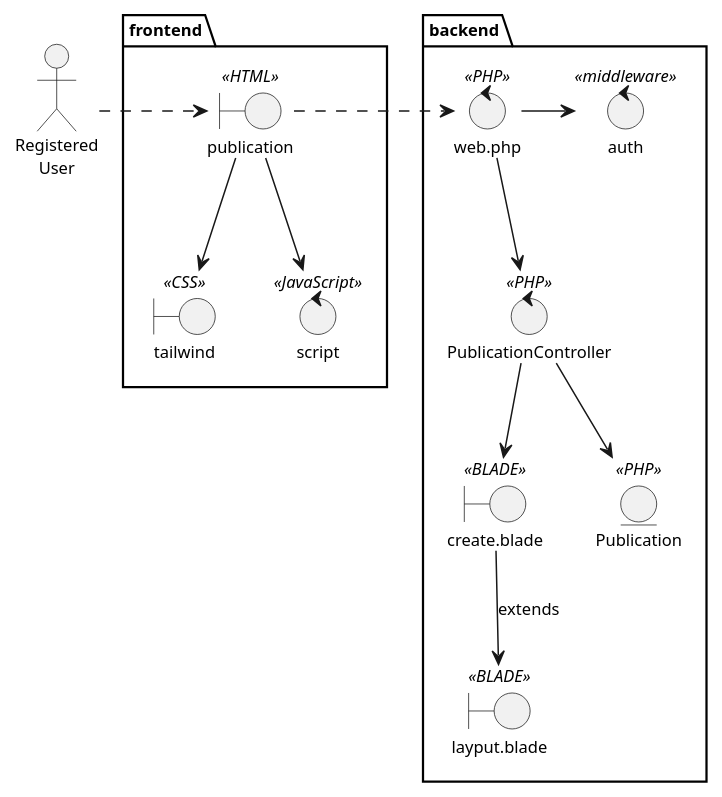
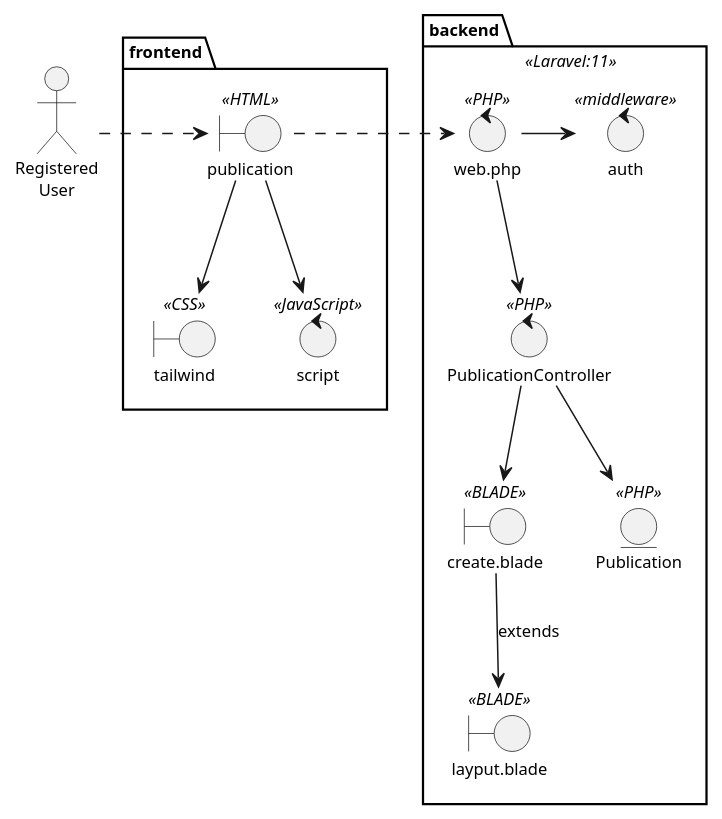
The diagram in logicalView/designView/laravel/usecaseDesign/designClassDiagramUC7.plantuml (mpaulaherrero/tesis-frameworks-backend-diagrams), drawn with PlantUML before and after one commit. The commit also changed 25 other files, not shown here.

Commit message:
todos los diagramas

```diff
--- a/logicalView/designView/laravel/usecaseDesign/designClassDiagramUC7.plantuml
+++ b/logicalView/designView/laravel/usecaseDesign/designClassDiagramUC7.plantuml
@@ -1,34 +1,34 @@
 @startuml
 skinparam style strictuml
 skinparam defaultTextAlignment center
 skinparam defaultFontSize 11
 
 actor "Registered\nUser" as UserReg
 
 ' This is a comment on a single line
-package backend {
+package backend <<Laravel:11>>{
     boundary "create.blade" as PublicationDetailView << BLADE >>
     boundary "layput.blade" as mainLayoutProfileView << BLADE >>
     control "PublicationController" as PublicationController << PHP >>
     control "web.php" << PHP >>
     control auth << middleware >>
     entity Publication << PHP >>
 }
 
 package frontend {
     boundary "publication" as PublicationHtml << HTML >>
     boundary "tailwind" as outputCss << CSS >>
     control script << JavaScript >>
 }
 
 UserReg .r.> PublicationHtml
 PublicationHtml -d-> outputCss
 PublicationHtml -d-> script
 PublicationHtml .r.> "web.php"
 "web.php" -> auth
 "web.php" -d-> PublicationController
 PublicationController -d-> PublicationDetailView
 PublicationController -d-> Publication
 PublicationDetailView -d-> mainLayoutProfileView: extends
 
 @enduml
```
